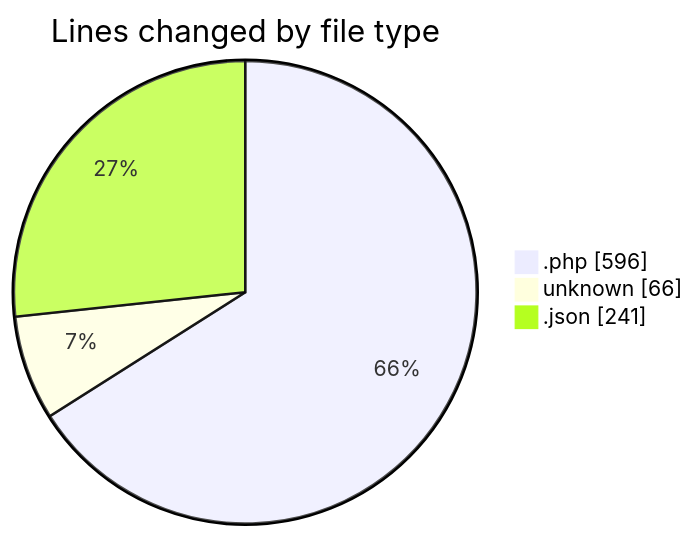
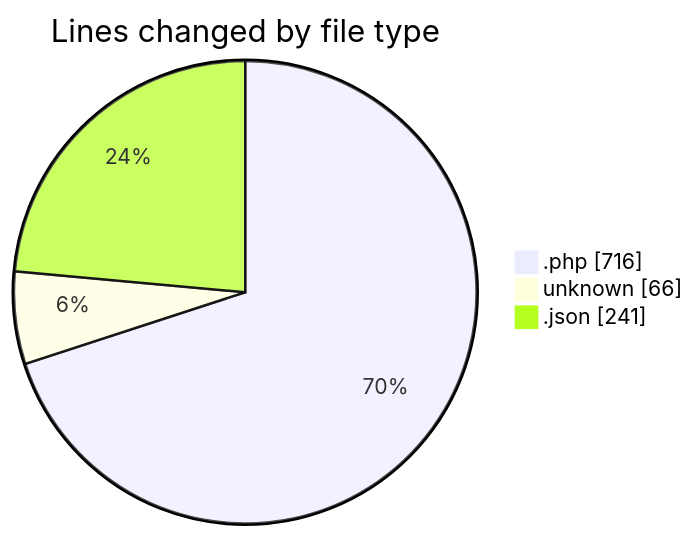
The first of 2 diagrams in 2025-04-10/test/README.md (idhammustaqopulfikri/code-tracking), drawn with Mermaid before and after one commit. The commit also changed other lines of this file and 1 other file, not shown here.

````diff
--- a/2025-04-10/test/README.md
+++ b/2025-04-10/test/README.md
@@ -33,7 +35,7 @@
 ```mermaid
 pie showData
 title Lines changed by file type
-".php" : 596
+".php" : 716
 "unknown" : 66
 ".json" : 241
 ```
````
